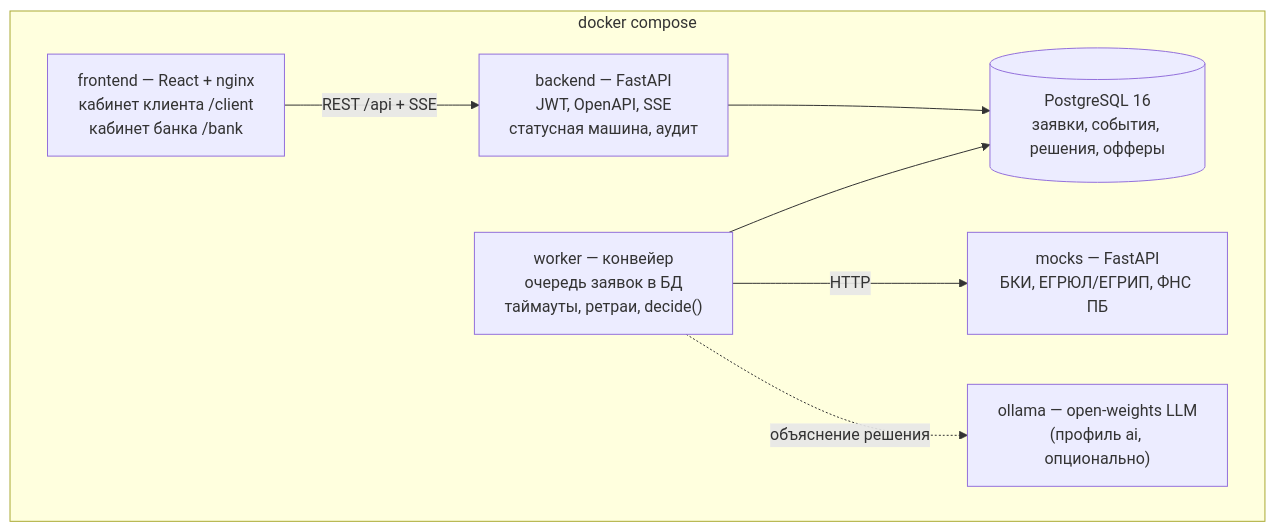
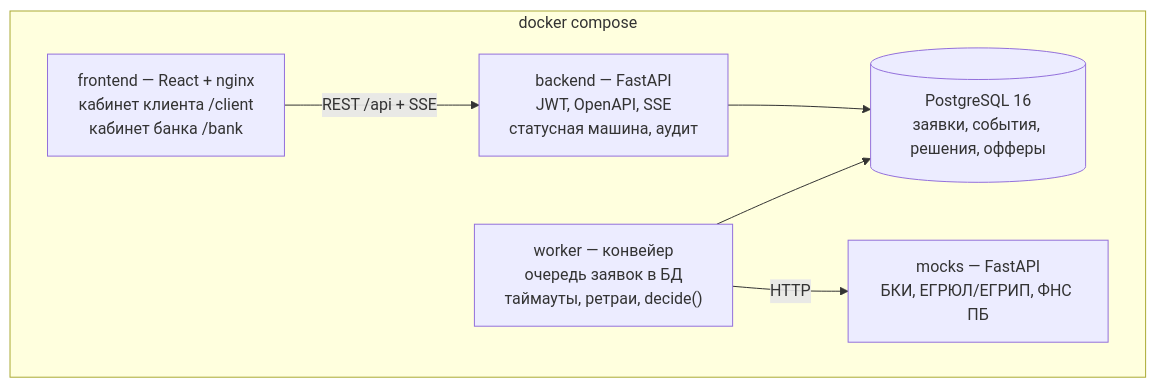
The diagram in docs/architecture.md (sb1nala/alfa-hack), drawn with Mermaid before and after one commit. The commit also changed other lines of this file and 3 other files, not shown here.

````diff
--- a/docs/architecture.md
+++ b/docs/architecture.md
@@ -5,16 +5,14 @@
 ```mermaid
 flowchart TB
     subgraph compose["docker compose"]
         FE["frontend — React + nginx<br/>кабинет клиента /client<br/>кабинет банка /bank"]
         BE["backend — FastAPI<br/>JWT, OpenAPI, SSE<br/>статусная машина, аудит"]
         WK["worker — конвейер<br/>очередь заявок в БД<br/>таймауты, ретраи, decide()"]
         MK["mocks — FastAPI<br/>БКИ, ЕГРЮЛ/ЕГРИП, ФНС ПБ"]
         DB[("PostgreSQL 16<br/>заявки, события, решения, офферы")]
-        AI["ollama — open-weights LLM<br/>(профиль ai, опционально)"]
     end
     FE -- "REST /api + SSE" --> BE
     BE --> DB
     WK --> DB
     WK -- HTTP --> MK
-    WK -. "объяснение решения" .-> AI
 ```
````
